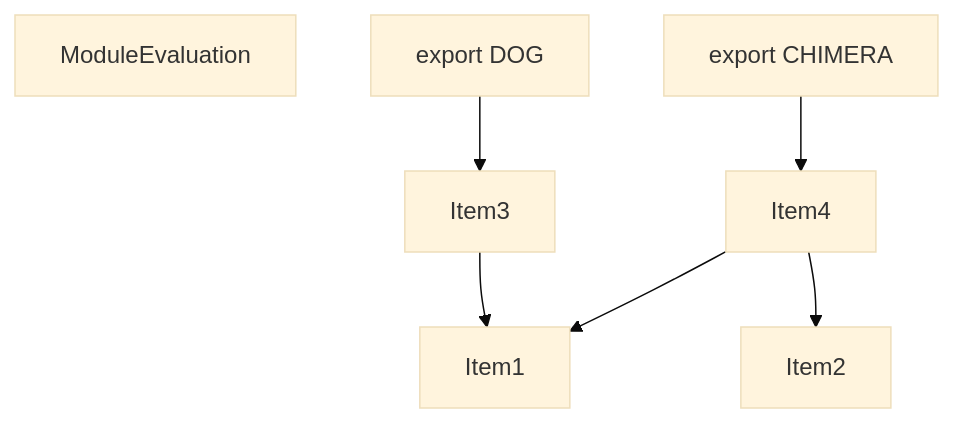
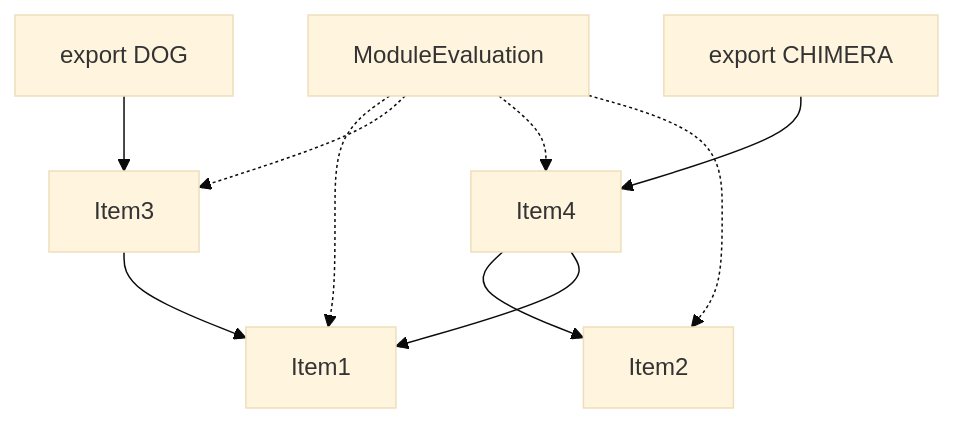
The fourth of 5 diagrams in crates/turbopack-ecmascript/tests/tree-shaker/analyzer/simple/output.md (vercel/turborepo), drawn with Mermaid (base theme) before and after one commit. The commit also changed other lines of this file and 3 other files, not shown here.

````diff
--- a/crates/turbopack-ecmascript/tests/tree-shaker/analyzer/simple/output.md
+++ b/crates/turbopack-ecmascript/tests/tree-shaker/analyzer/simple/output.md
@@ -99,18 +99,22 @@
 ```mermaid
 graph TD
     Item1;
     Item2;
     Item3;
     Item4;
     Item5;
     Item5["ModuleEvaluation"];
     Item6;
     Item6["export DOG"];
     Item7;
     Item7["export CHIMERA"];
     Item3 --> Item1;
     Item4 --> Item2;
     Item4 --> Item1;
+    Item5 -.-> Item1;
+    Item5 -.-> Item3;
+    Item5 -.-> Item4;
+    Item5 -.-> Item2;
     Item6 --> Item3;
     Item7 --> Item4;
 ```
````
